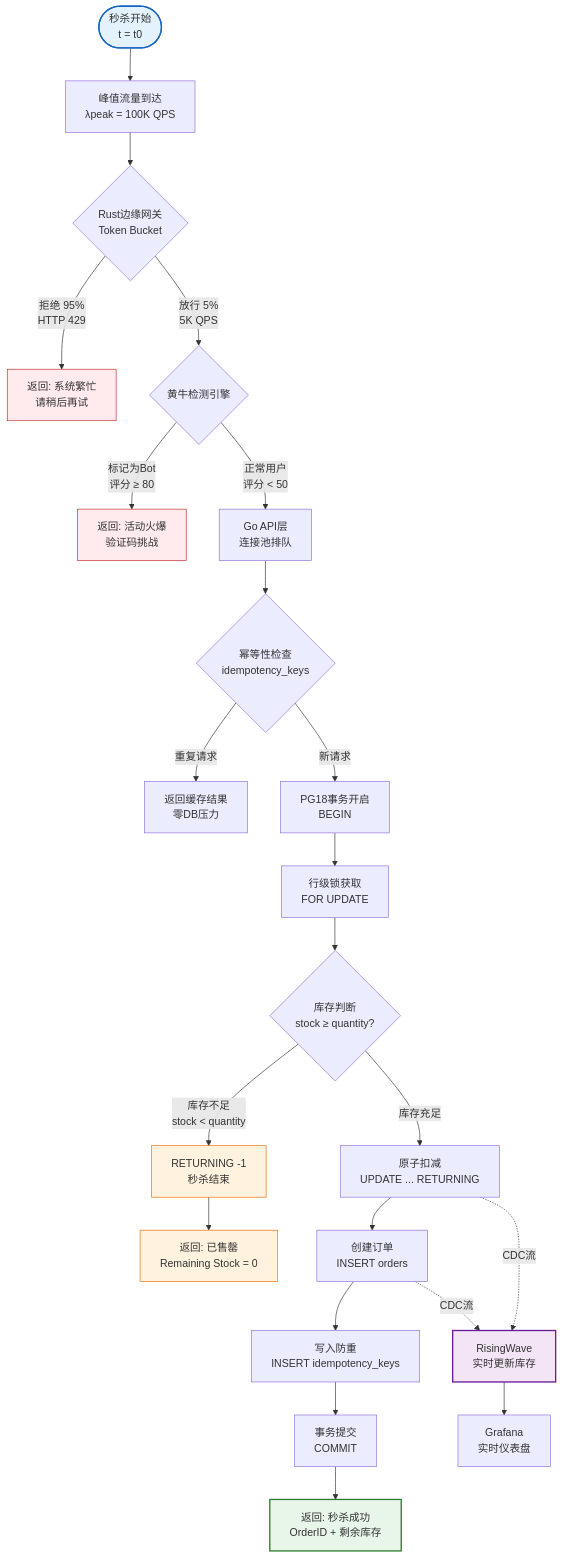
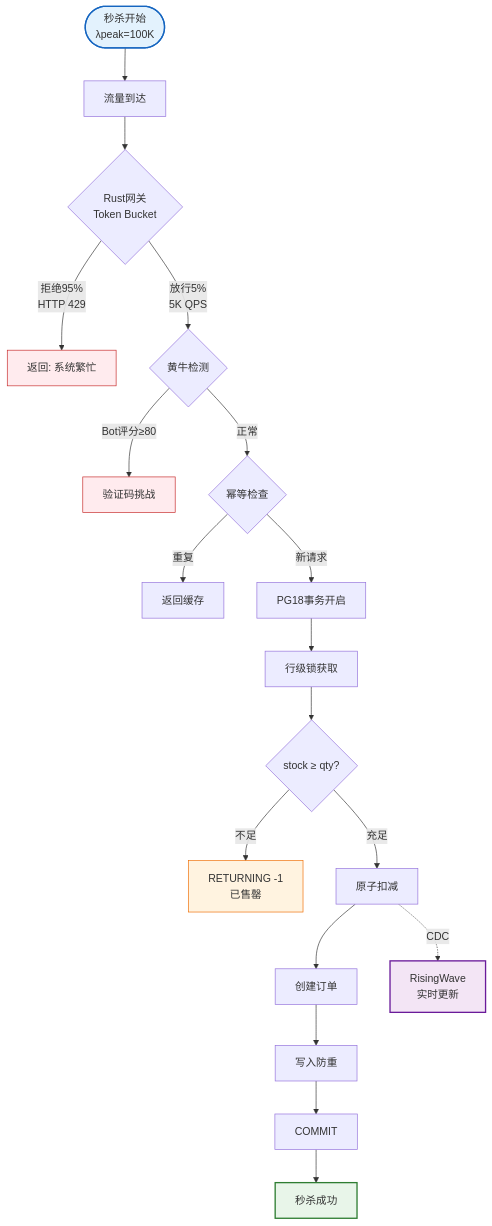
Before and after one commit to AdaMartin18010/AnalysisDataFlow: the second of 2 diagrams in TECH-STACK-POSTGRESQL-18-MULTI-LANGUAGE-STREAMING/05-production-patterns/05.10-industry-case-ecommerce-flash-sale.md, drawn with Mermaid. The commit also changed other lines of this file and 11 other files, not shown here.

````diff
--- a/TECH-STACK-POSTGRESQL-18-MULTI-LANGUAGE-STREAMING/05-production-patterns/05.10-industry-case-ecommerce-flash-sale.md
+++ b/TECH-STACK-POSTGRESQL-18-MULTI-LANGUAGE-STREAMING/05-production-patterns/05.10-industry-case-ecommerce-flash-sale.md
@@ -1262,40 +577,27 @@
 ```mermaid
 flowchart TD
-    Start(["秒杀开始<br/>t = t0"]) --> A["峰值流量到达<br/>λpeak = 100K QPS"]
-    
-    A --> B{"Rust边缘网关<br/>Token Bucket"}
-    B -->|"拒绝 95%<br/>HTTP 429"| Drop1["返回: 系统繁忙<br/>请稍后再试"]
-    B -->|"放行 5%<br/>5K QPS"| C{"黄牛检测引擎"}
-    
-    C -->|"标记为Bot<br/>评分 ≥ 80"| Drop2["返回: 活动火爆<br/>验证码挑战"]
-    C -->|"正常用户<br/>评分 < 50"| D["Go API层<br/>连接池排队"]
-    
-    D --> E{"幂等性检查<br/>idempotency_keys"}
-    E -->|"重复请求"| Cache["返回缓存结果<br/>零DB压力"]
-    E -->|"新请求"| F["PG18事务开启<br/>BEGIN"]
-    
-    F --> G["行级锁获取<br/>FOR UPDATE"]
-    G --> H{"库存判断<br/>stock ≥ quantity?"}
-    
-    H -->|"库存不足<br/>stock < quantity"| Fail["RETURNING -1<br/>秒杀结束"]
-    H -->|"库存充足"| I["原子扣减<br/>UPDATE ... RETURNING"]
-    
-    I --> J["创建订单<br/>INSERT orders"]
-    J --> K["写入防重<br/>INSERT idempotency_keys"]
-    K --> L["事务提交<br/>COMMIT"]
-    L --> Success["返回: 秒杀成功<br/>OrderID + 剩余库存"]
-    
-    Fail --> M["返回: 已售罄<br/>Remaining Stock = 0"]
-    
-    I -.->|CDC流| RW["RisingWave<br/>实时更新库存"]
-    J -.->|CDC流| RW
-    RW --> Dashboard["Grafana<br/>实时仪表盘"]
-    
+    Start(["秒杀开始<br/>λpeak=100K"]) --> A["流量到达"]
+    A --> B{"Rust网关<br/>Token Bucket"}
+    B -->|"拒绝95%<br/>HTTP 429"| D1["返回: 系统繁忙"]
+    B -->|"放行5%<br/>5K QPS"| C{"黄牛检测"}
+    C -->|"Bot评分≥80"| D2["验证码挑战"]
+    C -->|"正常"| E{"幂等检查"}
+    E -->|"重复"| Cache["返回缓存"]
+    E -->|"新请求"| F["PG18事务开启"]
+    F --> G["行级锁获取"]
+    G --> H{"stock ≥ qty?"}
+    H -->|"不足"| Fail["RETURNING -1<br/>已售罄"]
+    H -->|"充足"| I["原子扣减"]
+    I --> J["创建订单"]
+    J --> K["写入防重"]
+    K --> L["COMMIT"]
+    L --> Success["秒杀成功"]
+    I -.->|CDC| RW["RisingWave<br/>实时更新"]
+
     style Start fill:#e3f2fd,stroke:#1565c0,stroke-width:2px
-    style Drop1 fill:#ffebee,stroke:#c62828,stroke-width:1px
-    style Drop2 fill:#ffebee,stroke:#c62828,stroke-width:1px
-    style Fail fill:#fff3e0,stroke:#ef6c00,stroke-width:1px
+    style D1 fill:#ffebee,stroke:#c62828
+    style D2 fill:#ffebee,stroke:#c62828
+    style Fail fill:#fff3e0,stroke:#ef6c00
     style Success fill:#e8f5e9,stroke:#2e7d32,stroke-width:2px
-    style M fill:#fff3e0,stroke:#ef6c00,stroke-width:1px
     style RW fill:#f3e5f5,stroke:#6a1b9a,stroke-width:2px
 ```
````
